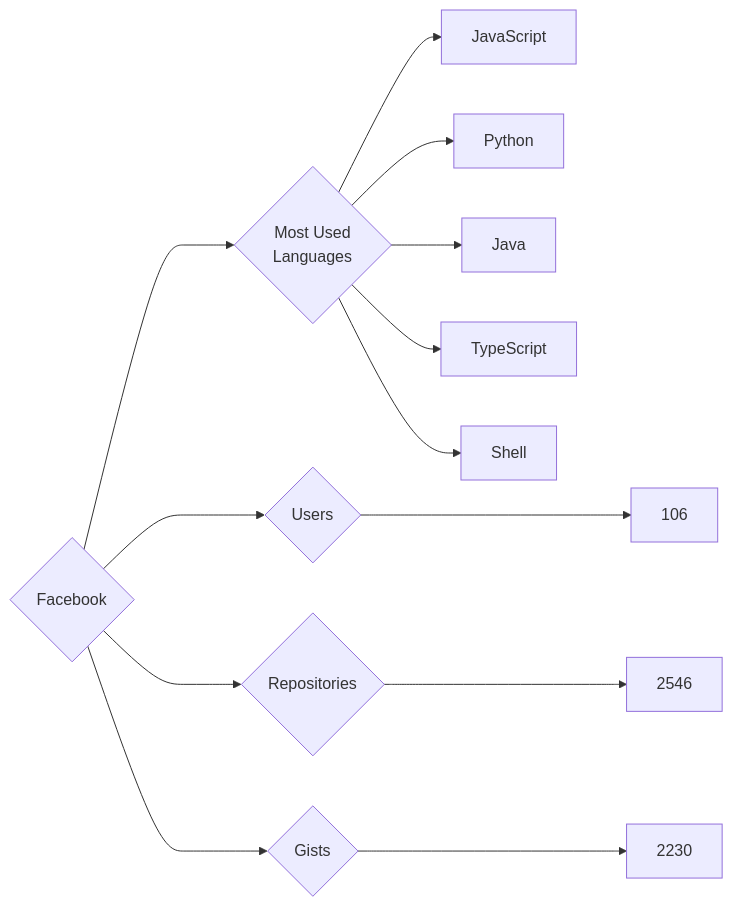
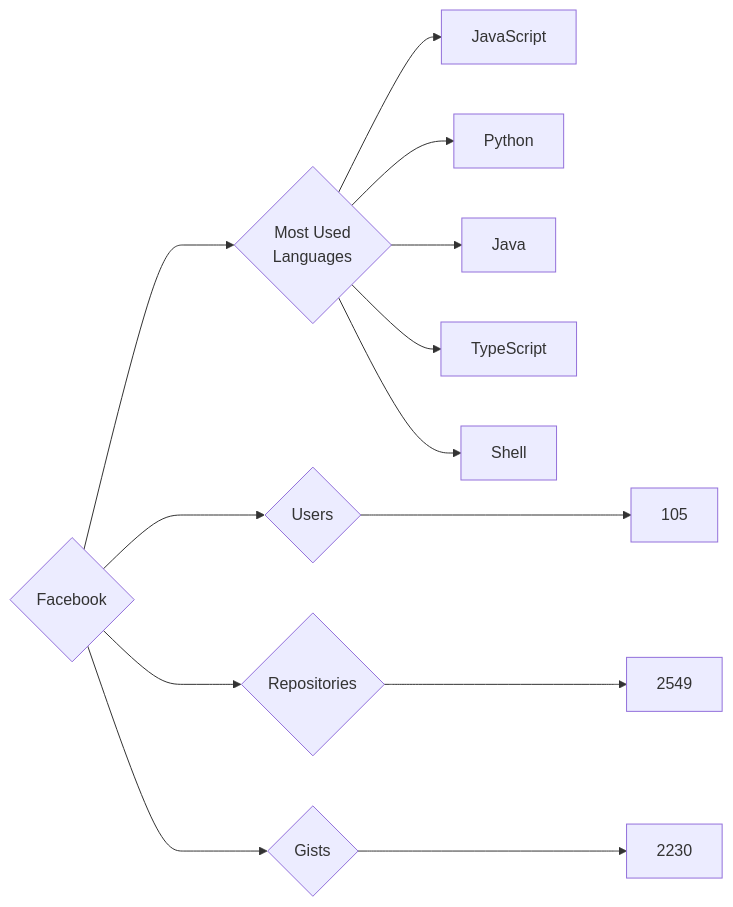
Before and after one commit to trickest/insiders: the diagram in targets/Facebook/README.md, drawn with Mermaid. The commit also changed 693 other files, not shown here.

````diff
--- a/targets/Facebook/README.md
+++ b/targets/Facebook/README.md
@@ -3,13 +3,13 @@
 ```mermaid
 graph LR
 COMPANY_NAME{Facebook}
-COMPANY_NAME ---> U{Users} ---> UN[106]
-COMPANY_NAME ---> R{Repositories} ---> RN[2546]
+COMPANY_NAME ---> U{Users} ---> UN[105]
+COMPANY_NAME ---> R{Repositories} ---> RN[2549]
 COMPANY_NAME ---> G{Gists} ---> GN[2230]
 COMPANY_NAME ---> ML{Most Used<br>Languages}
 ML --> JavaScript[JavaScript]
 ML --> Python[Python]
 ML --> Java[Java]
 ML --> TypeScript[TypeScript]
 ML --> Shell[Shell]
 ```
````
